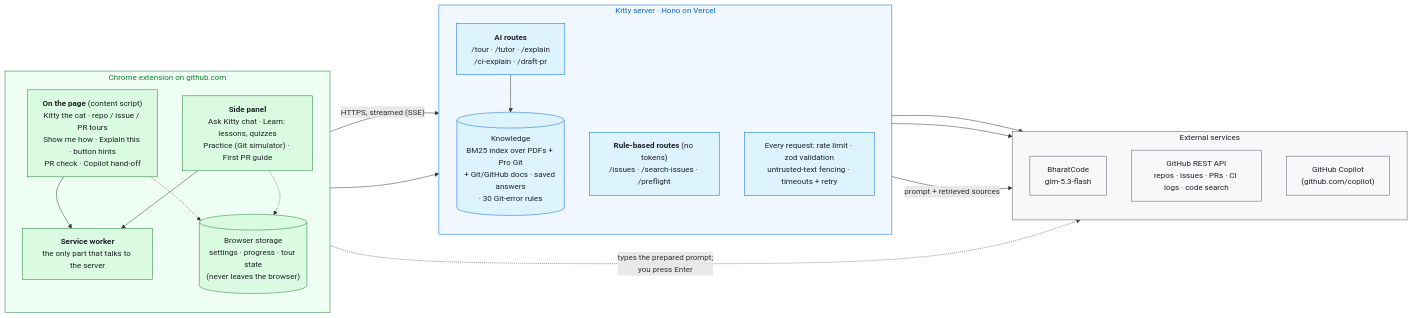
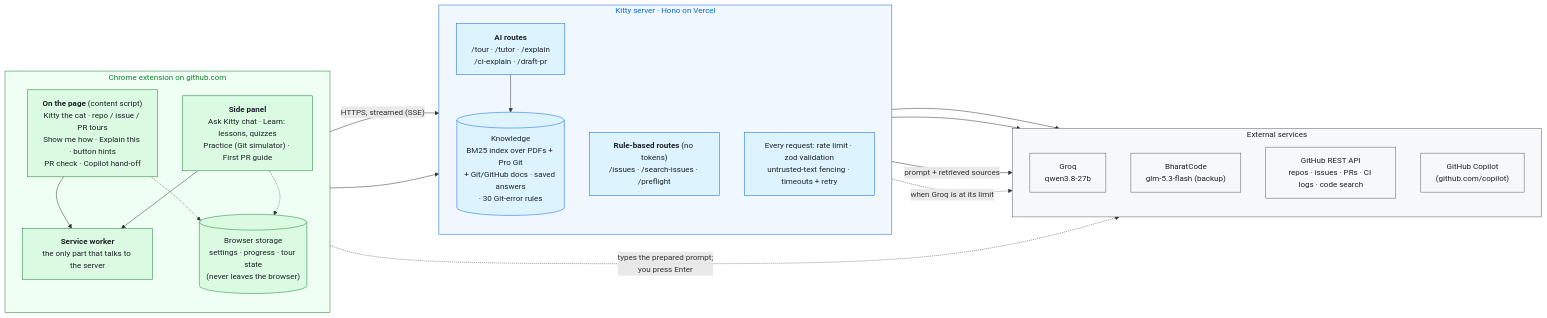
One commit to Krish6115/GitKitty changed the diagram in kitty/README.md. Above: the diagram before and after it, drawn with Mermaid. The commit also changed other lines of this file and 9 other files, not shown here.

First line of the commit message:
feat(server): answer with Groq first and fall back to BharatCode (#34)

````diff
--- a/kitty/README.md
+++ b/kitty/README.md
@@ -34,47 +34,49 @@
 ```mermaid
 flowchart LR
   subgraph EXT["Chrome extension on github.com"]
     direction TB
     CS["<b>On the page</b> (content script)<br/>Kitty the cat · repo / issue / PR tours<br/>Show me how · Explain this · button hints<br/>PR check · Copilot hand-off"]
     SP["<b>Side panel</b><br/>Ask Kitty chat · Learn: lessons, quizzes<br/>Practice (Git simulator) · First PR guide"]
     LOCAL[("Browser storage<br/>settings · progress · tour state<br/>(never leaves the browser)")]
     SW["<b>Service worker</b><br/>the only part that talks to the server"]
     CS --> SW
     SP --> SW
     CS -.-> LOCAL
     SP -.-> LOCAL
   end
 
   subgraph SRV["Kitty server · Hono on Vercel"]
     direction TB
     AI["<b>AI routes</b><br/>/tour · /tutor · /explain<br/>/ci-explain · /draft-pr"]
     RULES["<b>Rule-based routes</b> (no tokens)<br/>/issues · /search-issues · /preflight"]
     RAG[("Knowledge<br/>BM25 index over PDFs + Pro Git<br/>+ Git/GitHub docs · saved answers<br/>· 30 Git-error rules")]
     GUARD["Every request: rate limit · zod validation<br/>untrusted-text fencing · timeouts + retry"]
     AI --> RAG
   end
 
   subgraph OUT["External services"]
     direction TB
-    BC["BharatCode<br/>glm-5.3-flash"]
+    GQ["Groq<br/>qwen3.8-27b"]
+    BC["BharatCode<br/>glm-5.3-flash (backup)"]
     GH["GitHub REST API<br/>repos · issues · PRs · CI logs · code search"]
     CP["GitHub Copilot<br/>(github.com/copilot)"]
   end
 
   SW -- "HTTPS, streamed (SSE)" --> AI
   SW --> RULES
   AI --> GH
   RULES --> GH
-  AI -- "prompt + retrieved sources" --> BC
+  AI -- "prompt + retrieved sources" --> GQ
+  AI -. "when Groq is at its limit" .-> BC
   CS -. "types the prepared prompt;<br/>you press Enter" .-> CP
 
   classDef ext fill:#dafbe1,stroke:#1a7f37,color:#1f2328
   classDef srv fill:#ddf4ff,stroke:#0969da,color:#1f2328
   classDef outside fill:#f6f8fa,stroke:#57606a,color:#1f2328
   class CS,SP,SW,LOCAL ext
   class AI,RULES,RAG,GUARD srv
-  class GH,BC,CP outside
+  class GH,GQ,BC,CP outside
   style OUT fill:#f6f8fa,stroke:#57606a,color:#1f2328
   style EXT fill:#f0fff4,stroke:#1a7f37,color:#1a7f37
   style SRV fill:#f0f7ff,stroke:#0969da,color:#0969da
 ```
````
